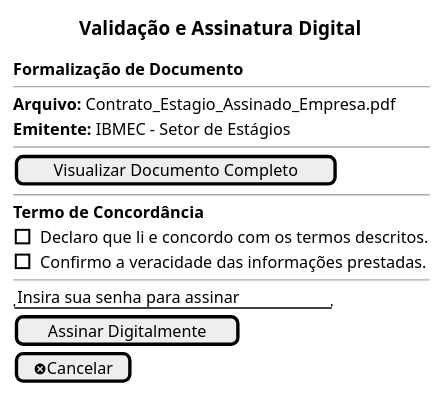
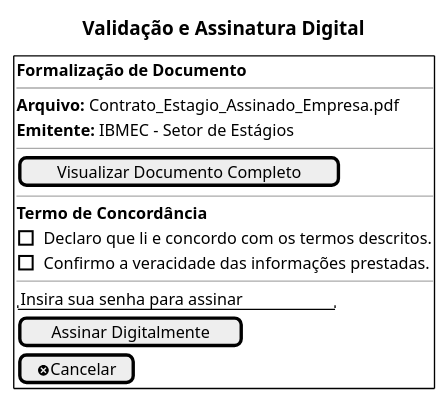
Before and after one commit to Projetos-de-Extensao/PBE_26.1_8001_I: the sixth of 7 diagrams in mkdocs/Iniciacao/prototipo_baixa_fidelidade.md, drawn with PlantUML. The commit also changed other lines of this file, not shown here.

Commit message:
Minor change

````diff
--- a/mkdocs/Iniciacao/prototipo_baixa_fidelidade.md
+++ b/mkdocs/Iniciacao/prototipo_baixa_fidelidade.md
@@ -176,22 +176,24 @@
 ```plantuml
 @startsalt
 title Validação e Assinatura Digital
 
-{
+{+
+  {
 **Formalização de Documento**
 --
 **Arquivo:** Contrato_Estagio_Assinado_Empresa.pdf
 **Emitente:** IBMEC - Setor de Estágios
 --
 [Visualizar Documento Completo]
 --
 **Termo de Concordância**
 [] Declaro que li e concordo com os termos descritos.
 [] Confirmo a veracidade das informações prestadas.
 --
 "Insira sua senha para assinar"
 [Assinar Digitalmente]
 [<&circle-x>Cancelar]
 }
+}
 @endsalt
 ```
````
